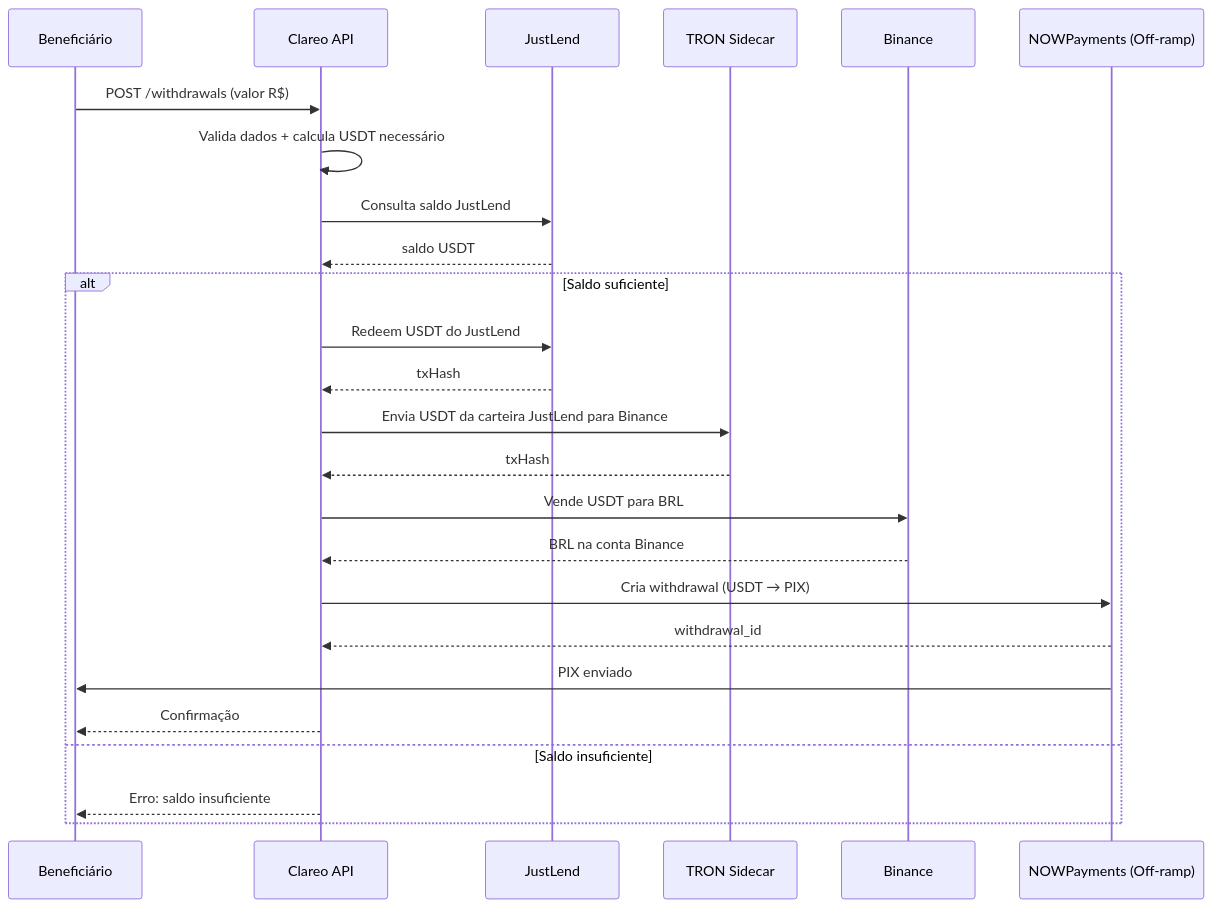
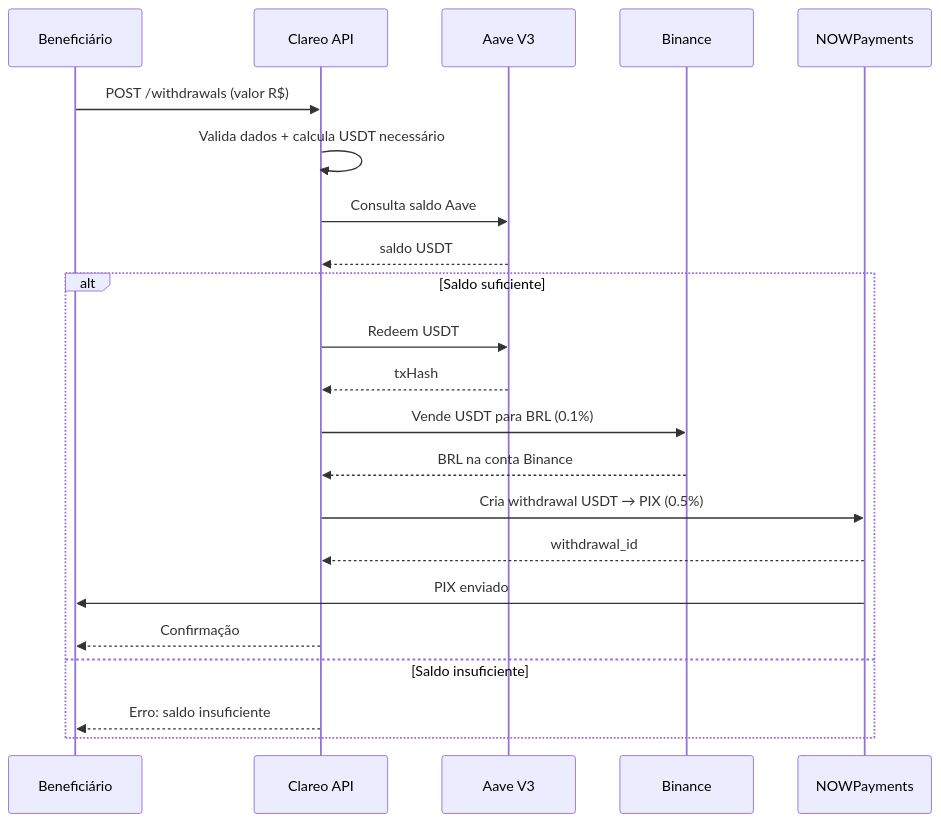
The fourth of 6 diagrams in doc/16-DIAGRAMAS.md (GabrielHR0/clareo-api), drawn with Mermaid before and after one commit. The commit also changed other lines of this file and 18 other files, not shown here.

````diff
--- a/doc/16-DIAGRAMAS.md
+++ b/doc/16-DIAGRAMAS.md
@@ -125,34 +133,30 @@
 ```mermaid
 sequenceDiagram
     participant B as Beneficiário
     participant A as Clareo API
-    participant J as JustLend
-    participant T as TRON Sidecar
+    participant Av as Aave V3
     participant X as Binance
-    participant P as NOWPayments (Off-ramp)
+    participant N as NOWPayments
 
     B->>A: POST /withdrawals (valor R$)
     A->>A: Valida dados + calcula USDT necessário
 
-    A->>J: Consulta saldo JustLend
-    J-->>A: saldo USDT
+    A->>Av: Consulta saldo Aave
+    Av-->>A: saldo USDT
 
     alt Saldo suficiente
-        A->>J: Redeem USDT do JustLend
-        J-->>A: txHash
+        A->>Av: Redeem USDT
+        Av-->>A: txHash
 
-        A->>T: Envia USDT da carteira JustLend para Binance
-        T-->>A: txHash
-
-        A->>X: Vende USDT para BRL
+        A->>X: Vende USDT para BRL (0.1%)
         X-->>A: BRL na conta Binance
 
-        A->>P: Cria withdrawal (USDT → PIX)
-        P-->>A: withdrawal_id
+        A->>N: Cria withdrawal USDT → PIX (0.5%)
+        N-->>A: withdrawal_id
 
-        P->>B: PIX enviado
+        N->>B: PIX enviado
         A-->>B: Confirmação
     else Saldo insuficiente
         A-->>B: Erro: saldo insuficiente
     end
 ```
````
